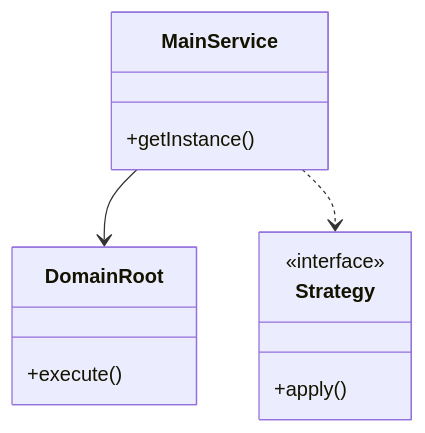
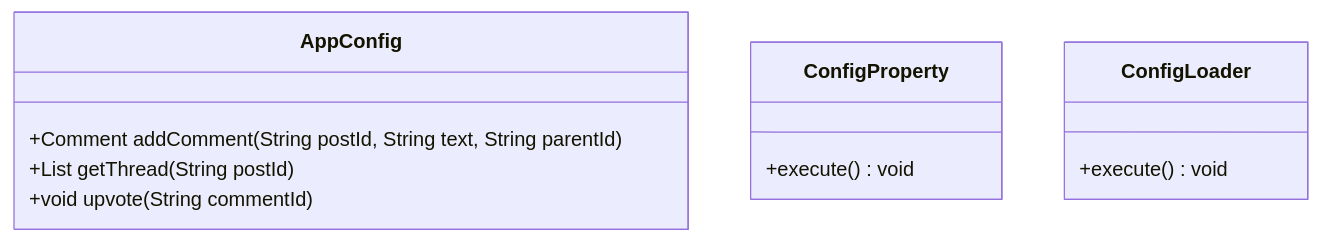
One commit to madhupaila/Interview-Prep-SSE changed the first of 3 diagrams in Learn/System Design - Low Level Design/03-design-patterns/questions/Q05-singleton-thread-safe.md. Above: the diagram before and after it, drawn with Mermaid. The commit also changed other lines of this file and 491 other files, not shown here.

````diff
--- a/Learn/System Design - Low Level Design/03-design-patterns/questions/Q05-singleton-thread-safe.md
+++ b/Learn/System Design - Low Level Design/03-design-patterns/questions/Q05-singleton-thread-safe.md
@@ -71,15 +90,14 @@
 ```mermaid
 classDiagram
-    class MainService {
-        +getInstance()
+    class AppConfig {
+        +Comment addComment(String postId, String text, String parentId)
+        +List<Comment> getThread(String postId)
+        +void upvote(String commentId)
     }
-    class DomainRoot {
-        +execute()
+    class ConfigProperty {
+        +execute() void
     }
-    class Strategy {
-        <<interface>>
-        +apply()
+    class ConfigLoader {
+        +execute() void
     }
-    MainService --> DomainRoot
-    MainService ..> Strategy
 ```
````
